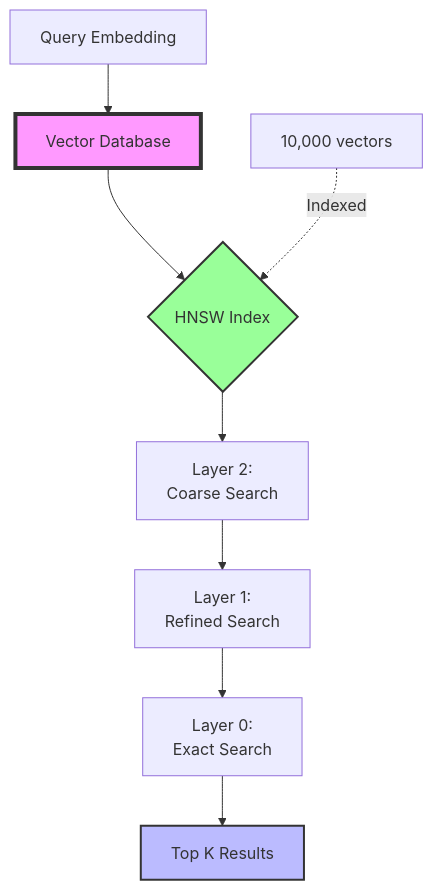
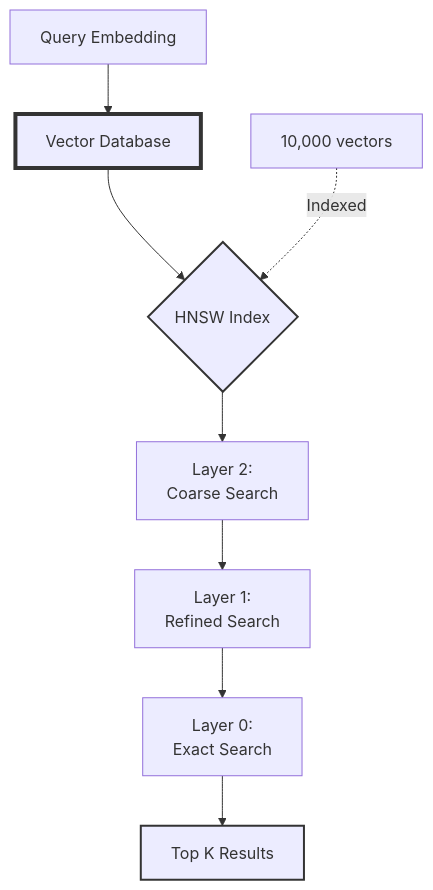
Before and after one commit to Shaddix/mostlylucidweb: the sixth of 6 diagrams in Mostlylucid/Markdown/building-a-lawyer-gpt-for-your-blog-part3.md, drawn with Mermaid. The commit also changed other lines of this file and 7 other files, not shown here.

First line of the commit message:
Update Mermaid diagrams in Lawyer GPT series for dark mode compatibility

````diff
--- a/Mostlylucid/Markdown/building-a-lawyer-gpt-for-your-blog-part3.md
+++ b/Mostlylucid/Markdown/building-a-lawyer-gpt-for-your-blog-part3.md
@@ -557,17 +567,21 @@
 ```mermaid
 graph TB
     A[Query Embedding] --> B[Vector Database]
     B --> C{HNSW Index}
 
     C --> D[Layer 2:<br/>Coarse Search]
     D --> E[Layer 1:<br/>Refined Search]
     E --> F[Layer 0:<br/>Exact Search]
 
     F --> G[Top K Results]
 
     H[10,000 vectors] -.Indexed.-> C
 
-    style B fill:#f9f,stroke:#333,stroke-width:4px
-    style C fill:#9f9,stroke:#333,stroke-width:2px
-    style G fill:#bbf,stroke:#333,stroke-width:2px
+    class B db
+    class C index
+    class G results
+
+    classDef db stroke:#333,stroke-width:4px
+    classDef index stroke:#333,stroke-width:2px
+    classDef results stroke:#333,stroke-width:2px
 ```
````
